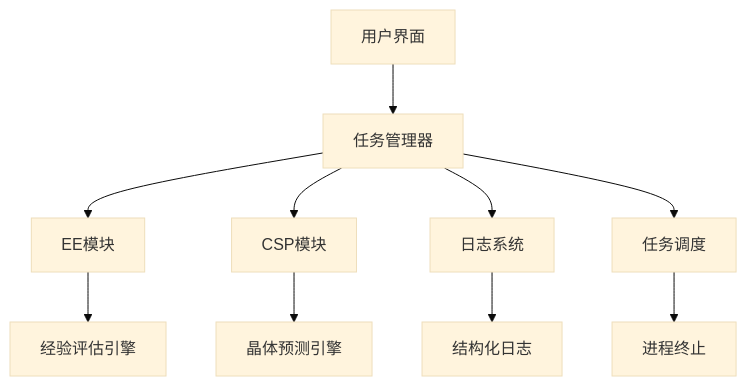
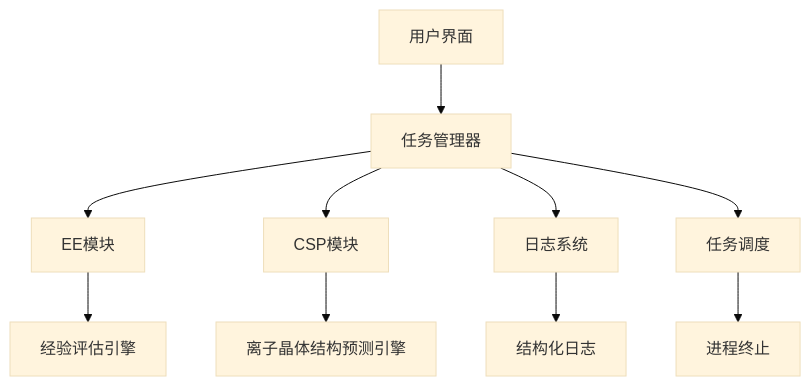
Before and after one commit to Bagabaga007/ion_CSP: the first of 2 diagrams in README.md, drawn with Mermaid (base theme). The commit also changed other lines of this file and 11 other files, not shown here.

````diff
--- a/README.md
+++ b/README.md
@@ -102,12 +102,12 @@
 ```mermaid
 graph TD
     A[用户界面] --> B[任务管理器]
     B --> C[EE模块]
     B --> D[CSP模块]
     B --> E[日志系统]
     B --> F[任务调度]
     C --> G[经验评估引擎]
-    D --> H[晶体预测引擎]
+    D --> H[离子晶体结构预测引擎]
     E --> I[结构化日志]
     F --> J[进程终止]
 ```
````
